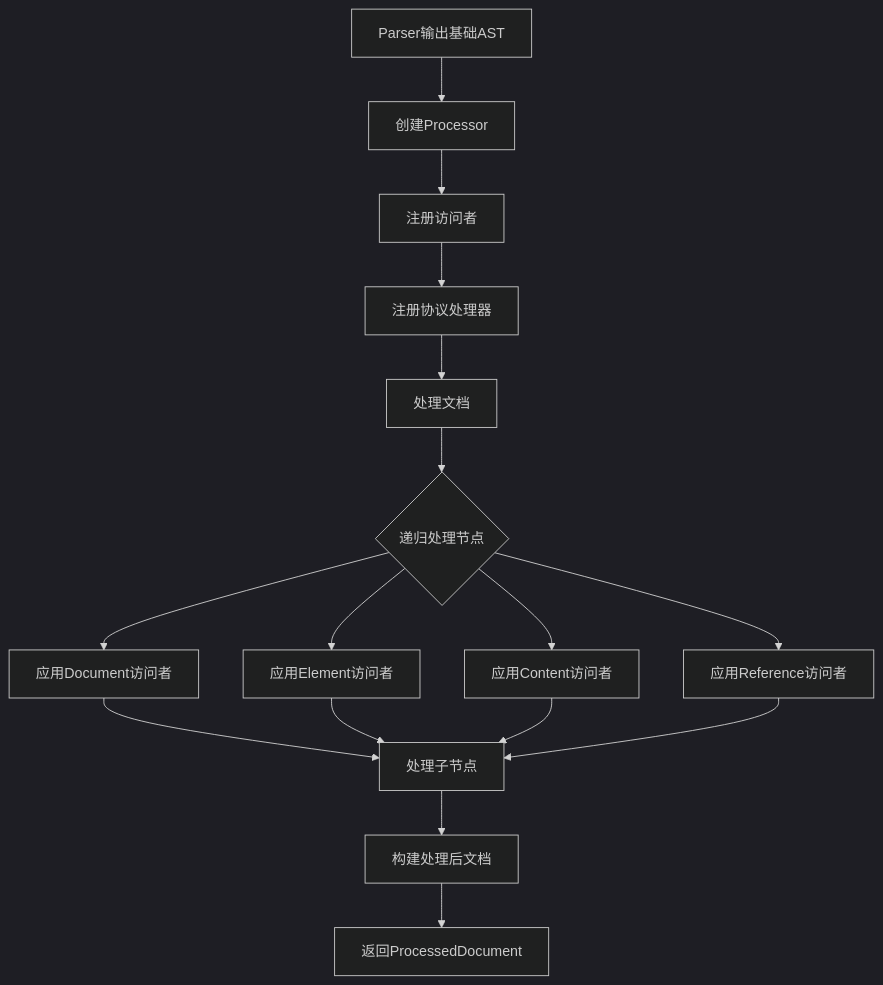
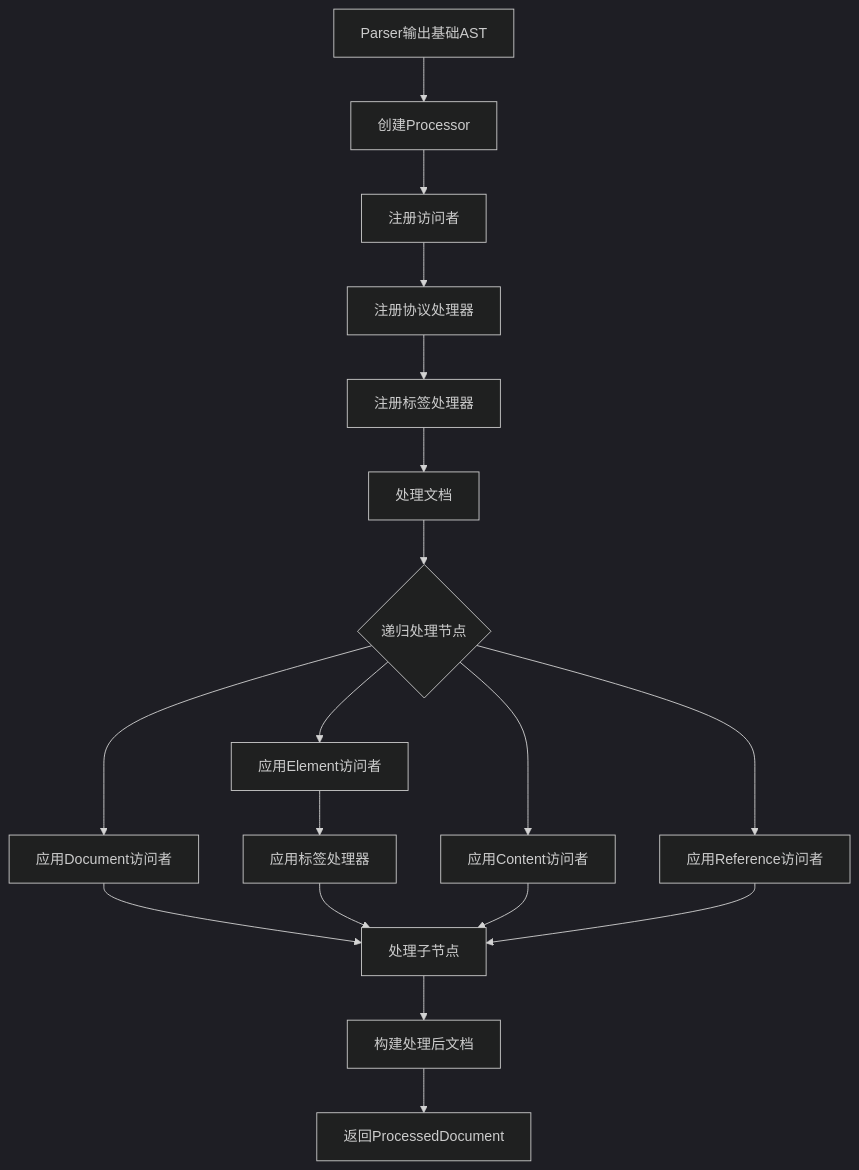
Before and after one commit to Deepractice/DPML: the second of 2 diagrams in packages/core/docs/processor/Core-Processor-Design.md, drawn with Mermaid (dark theme). The commit also changed other lines of this file and 1 other file, not shown here.

````diff
--- a/packages/core/docs/processor/Core-Processor-Design.md
+++ b/packages/core/docs/processor/Core-Processor-Design.md
@@ -122,21 +200,20 @@
 ```mermaid
 flowchart TD
     A[Parser输出基础AST] --> B[创建Processor]
     B --> C[注册访问者]
     C --> D[注册协议处理器]
-    D --> E[处理文档]
+    D --> E[注册标签处理器]
+    E --> F[处理文档]
     
-    E --> F{递归处理节点}
-    F --> G[应用Document访问者]
-    F --> H[应用Element访问者]
-    F --> I[应用Content访问者]
-    F --> J[应用Reference访问者]
+    F --> G{递归处理节点}
+    G --> H[应用Document访问者]
+    G --> I[应用Element访问者]
+    G --> J[应用Content访问者]
+    G --> K[应用Reference访问者]
     
-    G --> K[处理子节点]
-    H --> K
-    I --> K
-    J --> K
+    I --> L[应用标签处理器]
     
-    K --> L[构建处理后文档]
-    L --> M[返回ProcessedDocument]
+    H & L & J & K --> M[处理子节点]
+    M --> N[构建处理后文档]
+    N --> O[返回ProcessedDocument]
 ```
````
